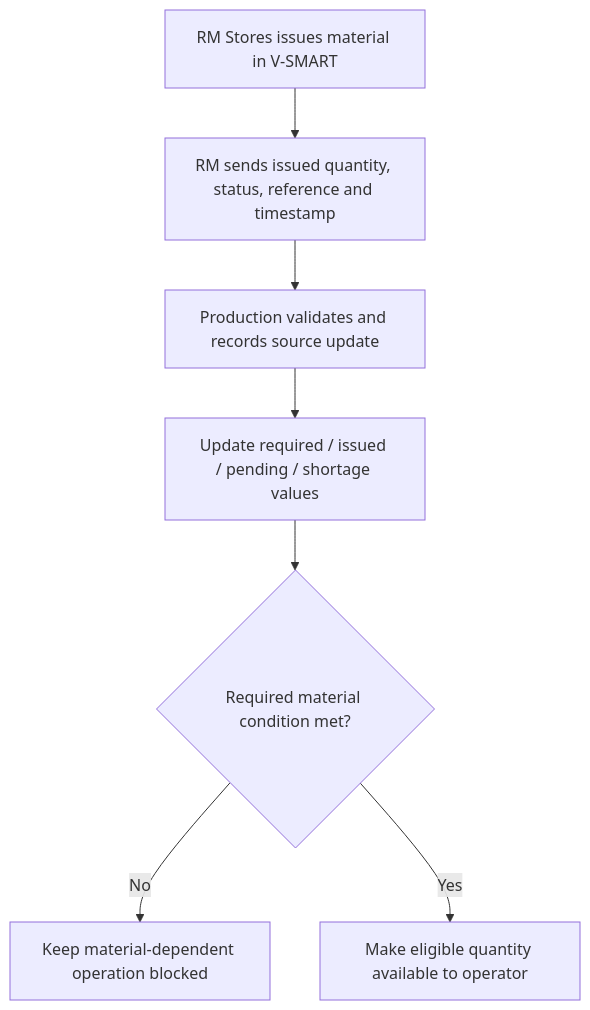
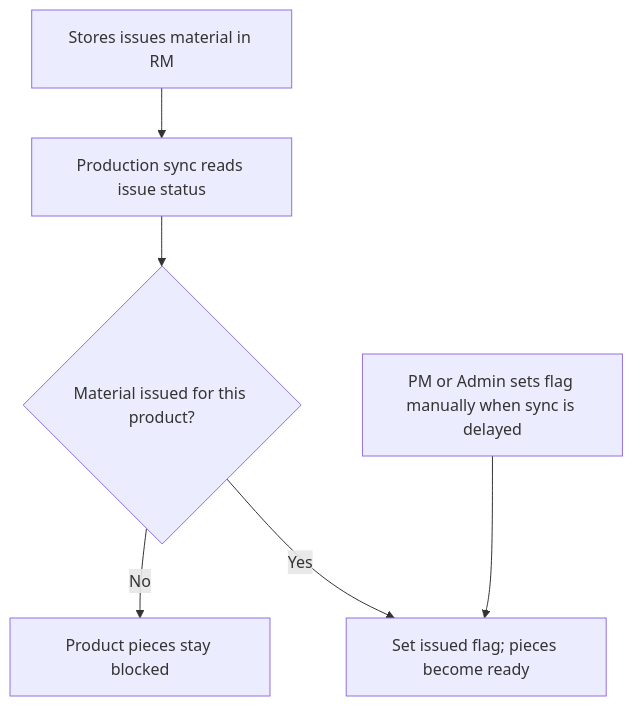
One commit to poairtronic/velan-production changed the second of 8 diagrams in docs/phase-1/07_Workflow_Diagrams.md. Above: the diagram before and after it, drawn with Mermaid. The commit also changed other lines of this file, not shown here.

Commit message:
docs: update 07_Workflow_Diagrams.md per decision log 2026-11-24

````diff
--- a/docs/phase-1/07_Workflow_Diagrams.md
+++ b/docs/phase-1/07_Workflow_Diagrams.md
@@ -33,9 +40,8 @@
 ```mermaid
 flowchart TD
- A[RM Stores issues material in V-SMART] --> B[RM sends issued quantity, status, reference and timestamp]
- B --> C[Production validates and records source update]
- C --> D[Update required / issued / pending / shortage values]
- D --> E{Required material condition met?}
- E -->|No| F[Keep material-dependent operation blocked]
- E -->|Yes| G[Make eligible quantity available to operator]
+  A["Stores issues material in RM"] --> B["Production sync reads issue status"]
+  B --> C{"Material issued for this product?"}
+  C -->|No| D["Product pieces stay blocked"]
+  C -->|Yes| E["Set issued flag; pieces become ready"]
+  F["PM or Admin sets flag manually when sync is delayed"] --> E
 ```
````
